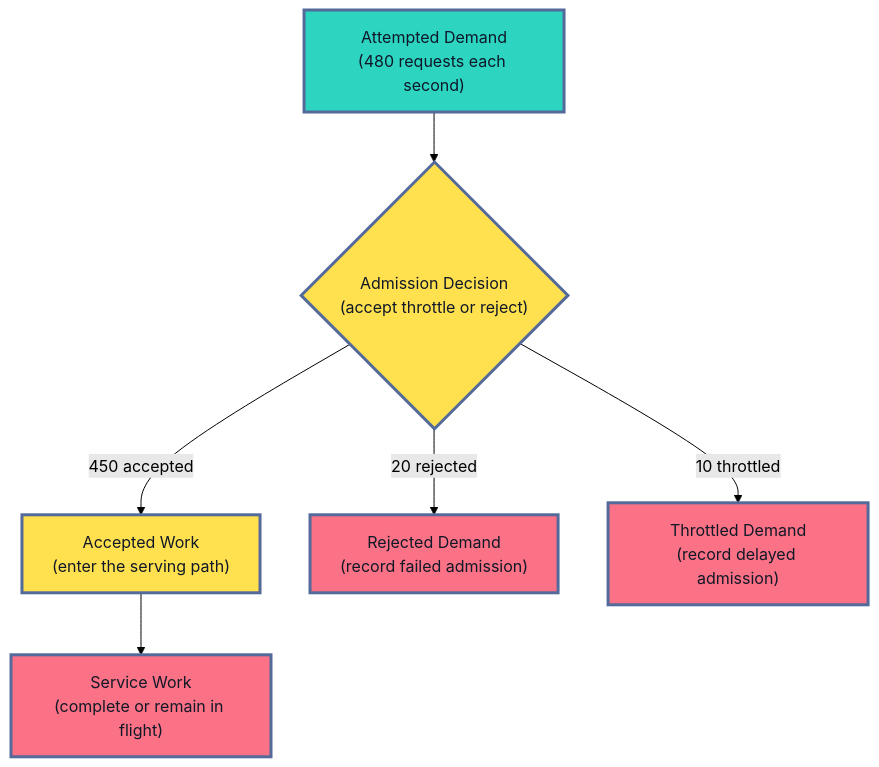
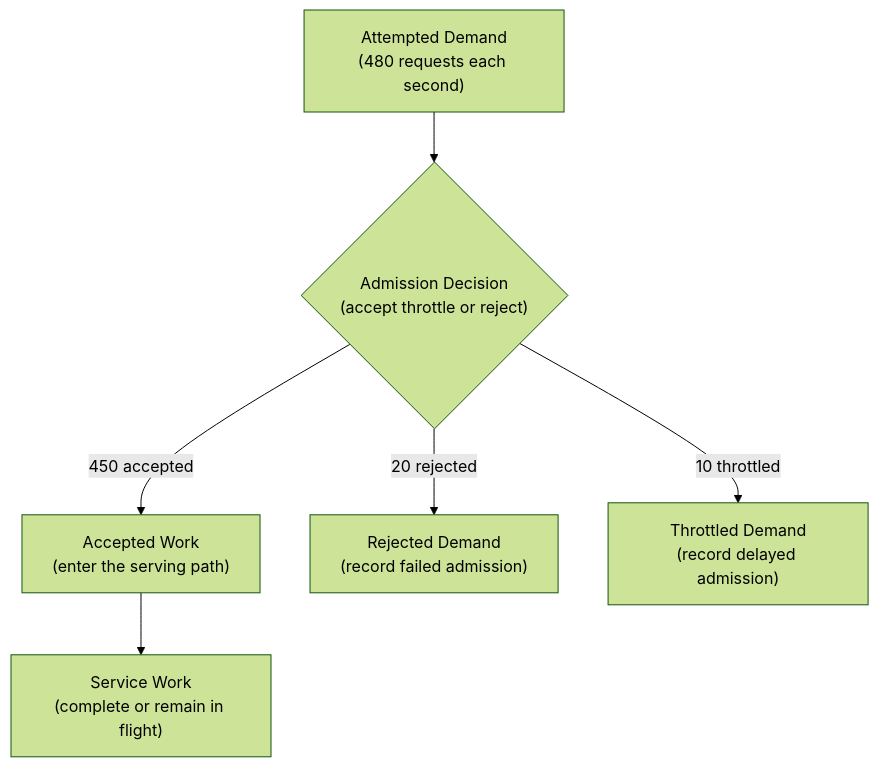
The fourth of 11 diagrams in roadmaps/mlops/modules/monitoring-and-feedback/system-observability/01-monitoring-latency-errors-resources.md (senlinyy/dev-roadmaps), drawn with Mermaid (forest theme) before and after one commit. The commit also changed other lines of this file and 152 other files, not shown here.

Commit message:
feat: mlops and diagrams updated

````diff
--- a/roadmaps/mlops/modules/monitoring-and-feedback/system-observability/01-monitoring-latency-errors-resources.md
+++ b/roadmaps/mlops/modules/monitoring-and-feedback/system-observability/01-monitoring-latency-errors-resources.md
@@ -193,15 +157,12 @@
 ```mermaid
 flowchart TD
     A["Attempted Demand<br/>(480 requests each second)"] --> B{"Admission Decision<br/>(accept throttle or reject)"}
     B -->|"450 accepted"| C["Accepted Work<br/>(enter the serving path)"]
     B -->|"20 rejected"| D["Rejected Demand<br/>(record failed admission)"]
     B -->|"10 throttled"| E["Throttled Demand<br/>(record delayed admission)"]
     C --> F["Service Work<br/>(complete or remain in flight)"]
 
-    classDef demand fill:#2DD4BF,stroke:#536A9A,stroke-width:3px,color:#0F172A
-    classDef choice fill:#FFE04F,stroke:#536A9A,stroke-width:3px,color:#111827
-    classDef outcome fill:#FB7185,stroke:#536A9A,stroke-width:3px,color:#111827
     class A demand
     class B,C choice
     class D,E,F outcome
 ```
````
